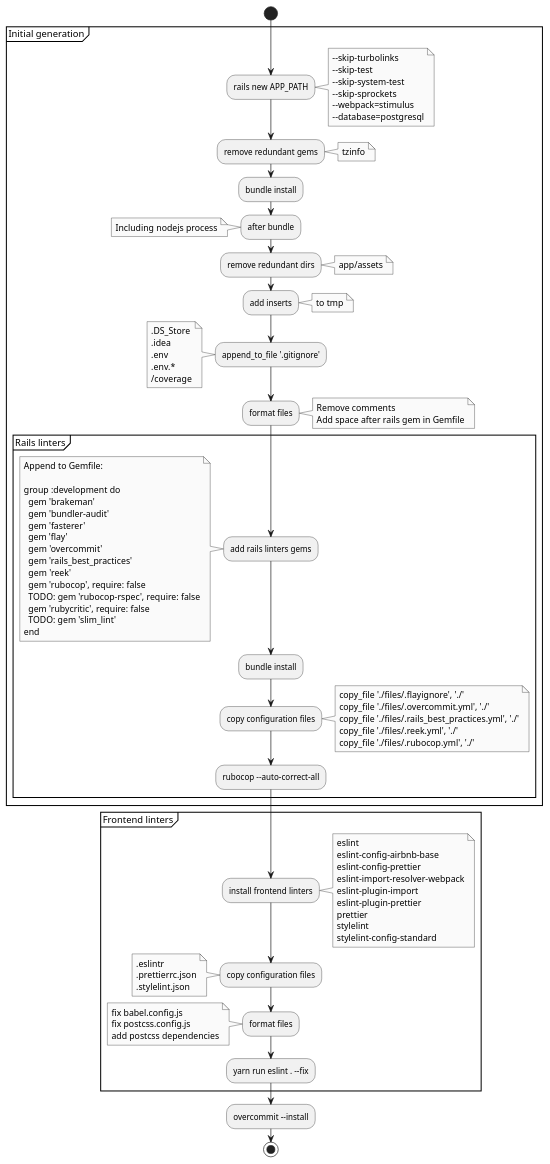
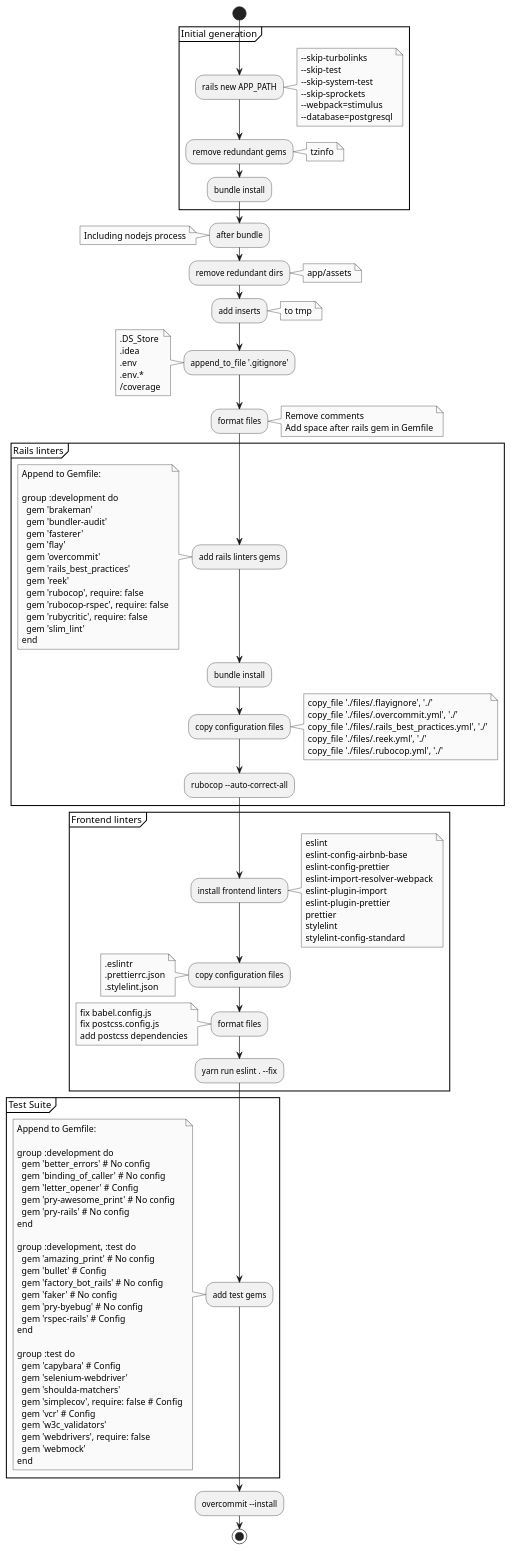
The first of 2 diagrams in docs/template_generator_process.md (jrcech/rails_template), drawn with PlantUML before and after one commit. The commit also changed 19 other files, not shown here.

Commit message:
Improve test process

```diff
--- a/docs/template_generator_process.md
+++ b/docs/template_generator_process.md
@@ -25,70 +25,72 @@
   
   :bundle install;
   
-  :after bundle;
+}
+
+:after bundle;
+note left
+  Including nodejs process
+end note
+
+:remove redundant dirs;
+note right
+  app/assets
+end note
+
+:add inserts;
+note right
+  to tmp
+end note
+
+:append_to_file '.gitignore';
+note left
+  .DS_Store
+  .idea
+  .env
+  .env.*
+  /coverage
+end note
+
+:format files;
+note right
+  Remove comments
+  Add space after rails gem in Gemfile
+end note
+
+partition "Rails linters" {
+  :add rails linters gems;
   note left
-    Including nodejs process
+    Append to Gemfile:
+    
+    group :development do
+      gem 'brakeman'
+      gem 'bundler-audit'
+      gem 'fasterer'
+      gem 'flay'
+      gem 'overcommit'
+      gem 'rails_best_practices'
+      gem 'reek'
+      gem 'rubocop', require: false
+      gem 'rubocop-rspec', require: false
+      gem 'rubycritic', require: false
+      gem 'slim_lint'
+    end
   end note
   
-  :remove redundant dirs;
-  note right
-    app/assets
+  :bundle install;
+  
+  :copy configuration files;
+  note right 
+    copy_file './files/.flayignore', './'
+    copy_file './files/.overcommit.yml', './'
+    copy_file './files/.rails_best_practices.yml', './'
+    copy_file './files/.reek.yml', './'
+    copy_file './files/.rubocop.yml', './'
   end note
   
-  :add inserts;
-  note right
-    to tmp
-  end note
-  
-  :append_to_file '.gitignore';
-  note left
-    .DS_Store
-    .idea
-    .env
-    .env.*
-    /coverage
-  end note
-  
-  :format files;
-  note right
-    Remove comments
-    Add space after rails gem in Gemfile
-  end note
-  
-  partition "Rails linters" {
-    :add rails linters gems;
-    note left
-      Append to Gemfile:
-      
-      group :development do
-        gem 'brakeman'
-        gem 'bundler-audit'
-        gem 'fasterer'
-        gem 'flay'
-        gem 'overcommit'
-        gem 'rails_best_practices'
-        gem 'reek'
-        gem 'rubocop', require: false
-        TODO: gem 'rubocop-rspec', require: false
-        gem 'rubycritic', require: false
-        TODO: gem 'slim_lint'
-      end
-    end note
-    
-    :bundle install;
-    
-    :copy configuration files;
-    note right 
-      copy_file './files/.flayignore', './'
-      copy_file './files/.overcommit.yml', './'
-      copy_file './files/.rails_best_practices.yml', './'
-      copy_file './files/.reek.yml', './'
-      copy_file './files/.rubocop.yml', './'
-    end note
-    
-    :rubocop --auto-correct-all;
-  }  
-}
+  :rubocop --auto-correct-all;
+}  
+
 
 partition "Frontend linters" {
   :install frontend linters;
@@ -121,6 +123,41 @@
   :yarn run eslint . --fix;
 }
 
+partition "Test Suite" {
+  :add test gems;
+  note left
+    Append to Gemfile:
+    
+    group :development do
+      gem 'better_errors' # No config
+      gem 'binding_of_caller' # No config
+      gem 'letter_opener' # Config
+      gem 'pry-awesome_print' # No config
+      gem 'pry-rails' # No config
+    end
+    
+    group :development, :test do
+      gem 'amazing_print' # No config
+      gem 'bullet' # Config
+      gem 'factory_bot_rails' # No config
+      gem 'faker' # No config
+      gem 'pry-byebug' # No config
+      gem 'rspec-rails' # Config
+    end
+    
+    group :test do
+      gem 'capybara' # Config
+      gem 'selenium-webdriver'
+      gem 'shoulda-matchers'
+      gem 'simplecov', require: false # Config
+      gem 'vcr' # Config
+      gem 'w3c_validators'
+      gem 'webdrivers', require: false
+      gem 'webmock'
+    end
+  end note
+}
+
 :overcommit --install;
 
 stop
```
